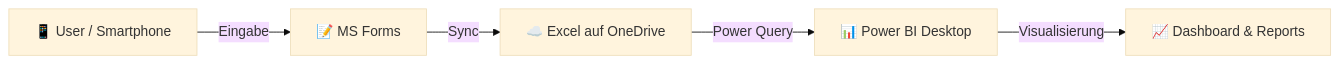
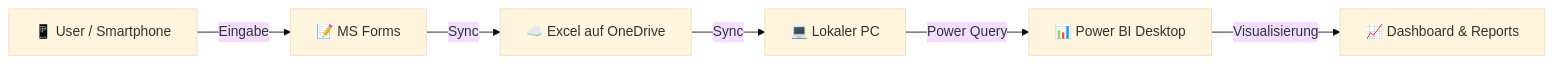
One commit to AndreasTraut/Personal-Fitness-BI changed the diagram in README.md. Above: the diagram before and after it, drawn with Mermaid (base theme). The commit also changed other lines of this file and 4 other files, not shown here.

````diff
--- a/README.md
+++ b/README.md
@@ -29,7 +29,8 @@
 ```mermaid
 graph LR
     User[📱 User / Smartphone] -->|Eingabe| Forms[📝 MS Forms]
     Forms -->|Sync| Excel[☁️ Excel auf OneDrive]
-    Excel -->|Power Query| PBI[📊 Power BI Desktop]
+    Excel -->|Sync| Local[💻 Lokaler PC]
+    Local -->|Power Query| PBI[📊 Power BI Desktop]
     PBI -->|Visualisierung| Dash[📈 Dashboard & Reports]
 ```
````
